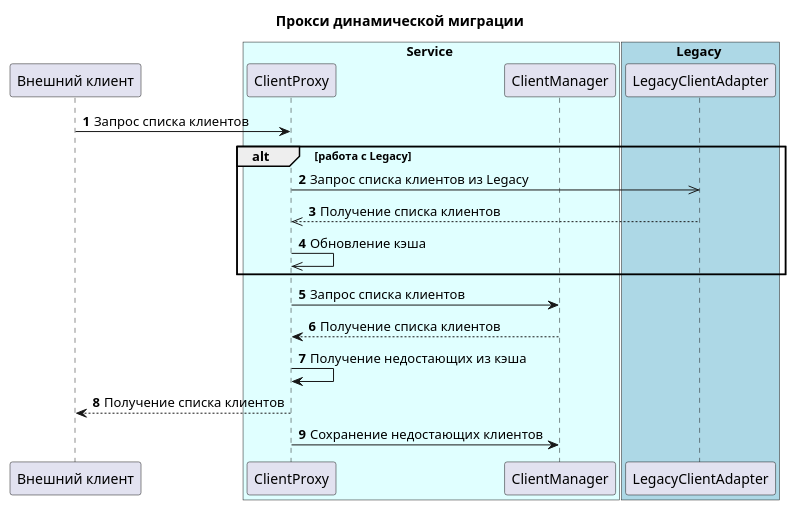
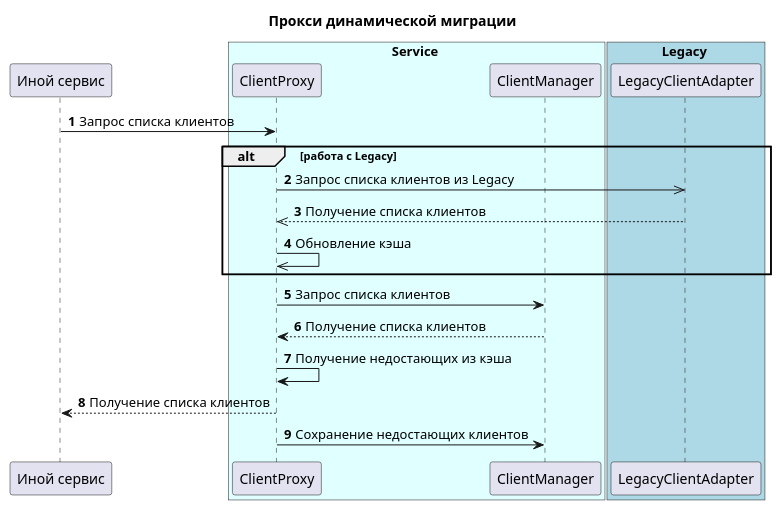
Before and after one commit to theotheo46/gb: the diagram in client_proxy.puml, drawn with PlantUML.

```diff
--- a/client_proxy.puml
+++ b/client_proxy.puml
@@ -1,30 +1,30 @@
 @startuml
 'https://plantuml.com/sequence-diagram
 
 autonumber
 title Прокси динамической миграции
 
-participant "Внешний клиент" as ExternalСlient
+participant "Иной сервис" as ExternalService
 
 box Service #LightCyan
 	participant ClientProxy
 	participant ClientManager
 end box
 box Legacy #LightBlue
 	participant LegacyClientAdapter
 end box
 
-ExternalСlient -> ClientProxy: Запрос списка клиентов
+ExternalService -> ClientProxy: Запрос списка клиентов
 alt работа с Legacy
 ClientProxy ->> LegacyClientAdapter: Запрос списка клиентов из Legacy
 LegacyClientAdapter -->> ClientProxy: Получение списка клиентов
 ClientProxy ->> ClientProxy: Обновление кэша
 end
 ClientProxy -> ClientManager: Запрос списка клиентов
 ClientManager --> ClientProxy: Получение списка клиентов
 ClientProxy -> ClientProxy: Получение недостающих из кэша
-ExternalСlient <-- ClientProxy: Получение списка клиентов
+ExternalService <-- ClientProxy: Получение списка клиентов
 ClientProxy -> ClientManager: Сохранение недостающих клиентов
 
 
 @enduml
```
